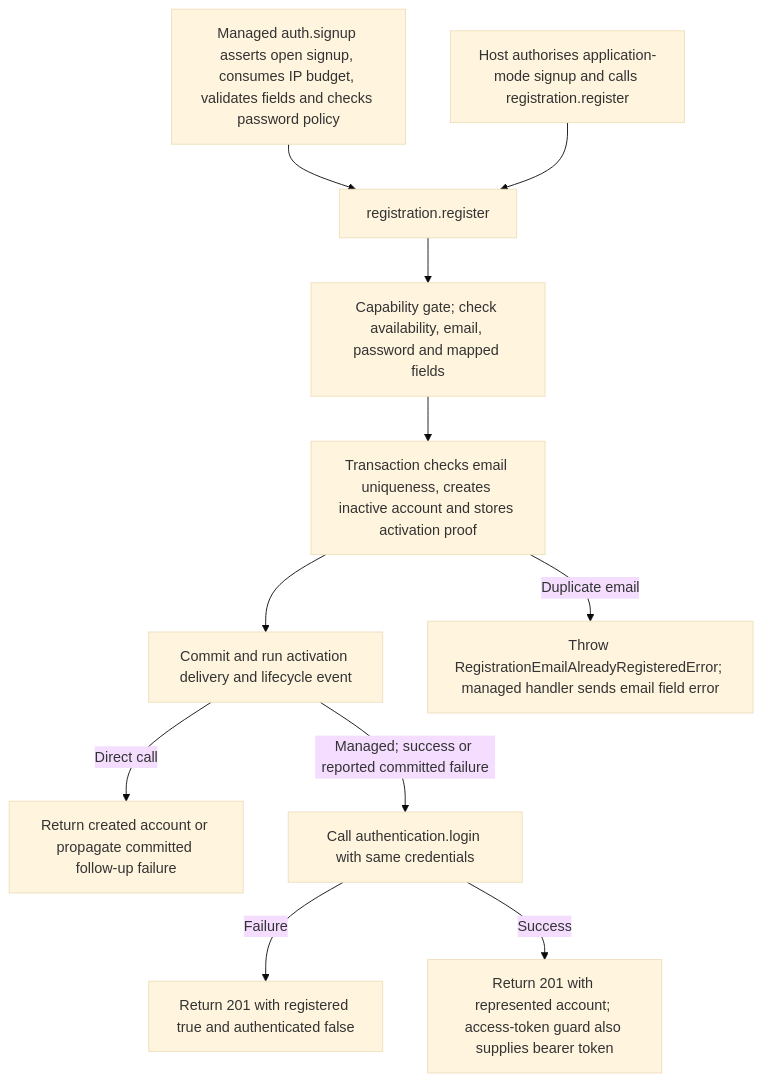
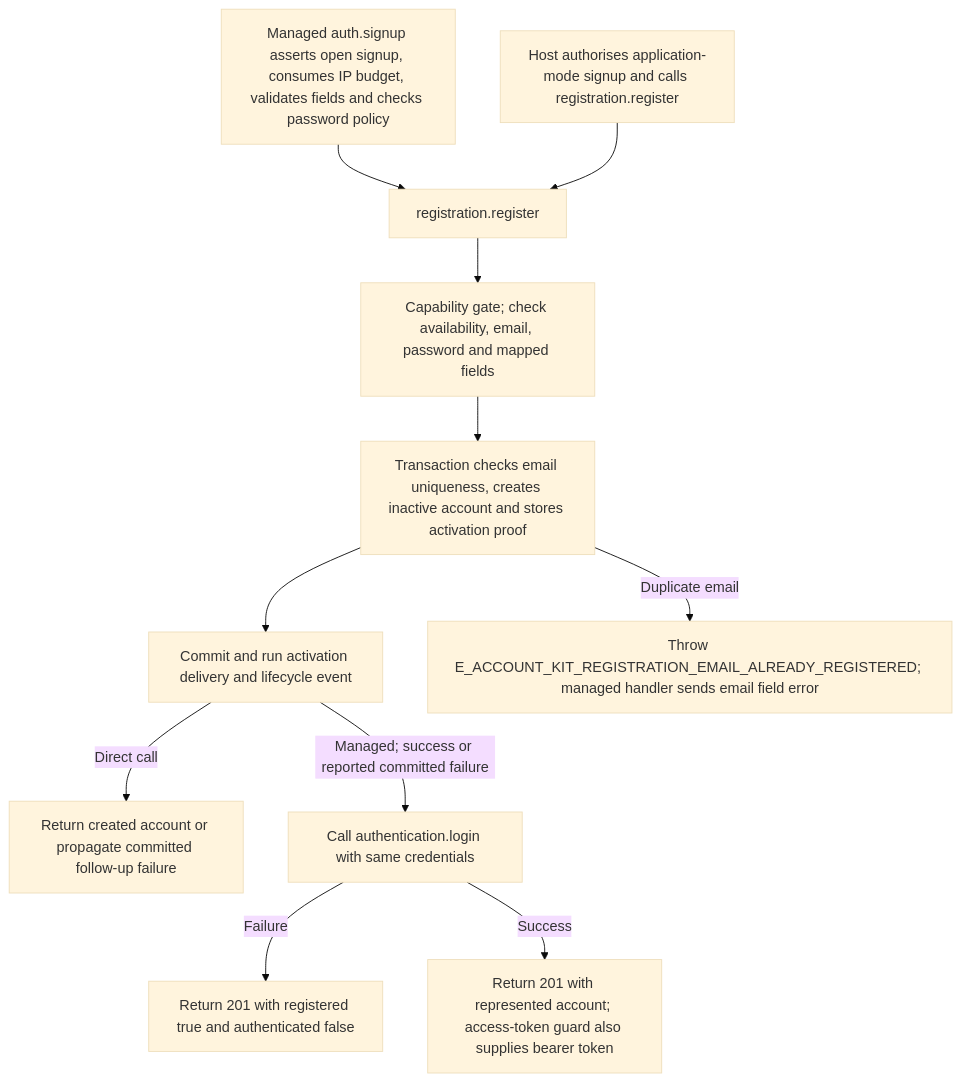
Before and after one commit to Kevinjohn/oss-adonisjs-account-kit: the second of 2 diagrams in user-stories/US-ACCOUNT-02-create-and-verify-account.md, drawn with Mermaid (base theme). The commit also changed other lines of this file and 362 other files, not shown here.

````diff
--- a/user-stories/US-ACCOUNT-02-create-and-verify-account.md
+++ b/user-stories/US-ACCOUNT-02-create-and-verify-account.md
@@ -30,13 +30,13 @@
 ```mermaid
 flowchart TD
   A["Managed auth.signup asserts open signup, consumes IP budget, validates fields and checks password policy"] --> B["registration.register"]
   H["Host authorises application-mode signup and calls registration.register"] --> B
   B --> C["Capability gate; check availability, email, password and mapped fields"]
   C --> D["Transaction checks email uniqueness, creates inactive account and stores activation proof"]
   D --> E["Commit and run activation delivery and lifecycle event"]
-  D -->|Duplicate email| DUP["Throw RegistrationEmailAlreadyRegisteredError; managed handler sends email field error"]
+  D -->|Duplicate email| DUP["Throw E_ACCOUNT_KIT_REGISTRATION_EMAIL_ALREADY_REGISTERED; managed handler sends email field error"]
   E -->|Direct call| F["Return created account or propagate committed follow-up failure"]
   E -->|Managed; success or reported committed failure| G["Call authentication.login with same credentials"]
   G -->|Failure| NO["Return 201 with registered true and authenticated false"]
   G -->|Success| OK["Return 201 with represented account; access-token guard also supplies bearer token"]
 ```
````
